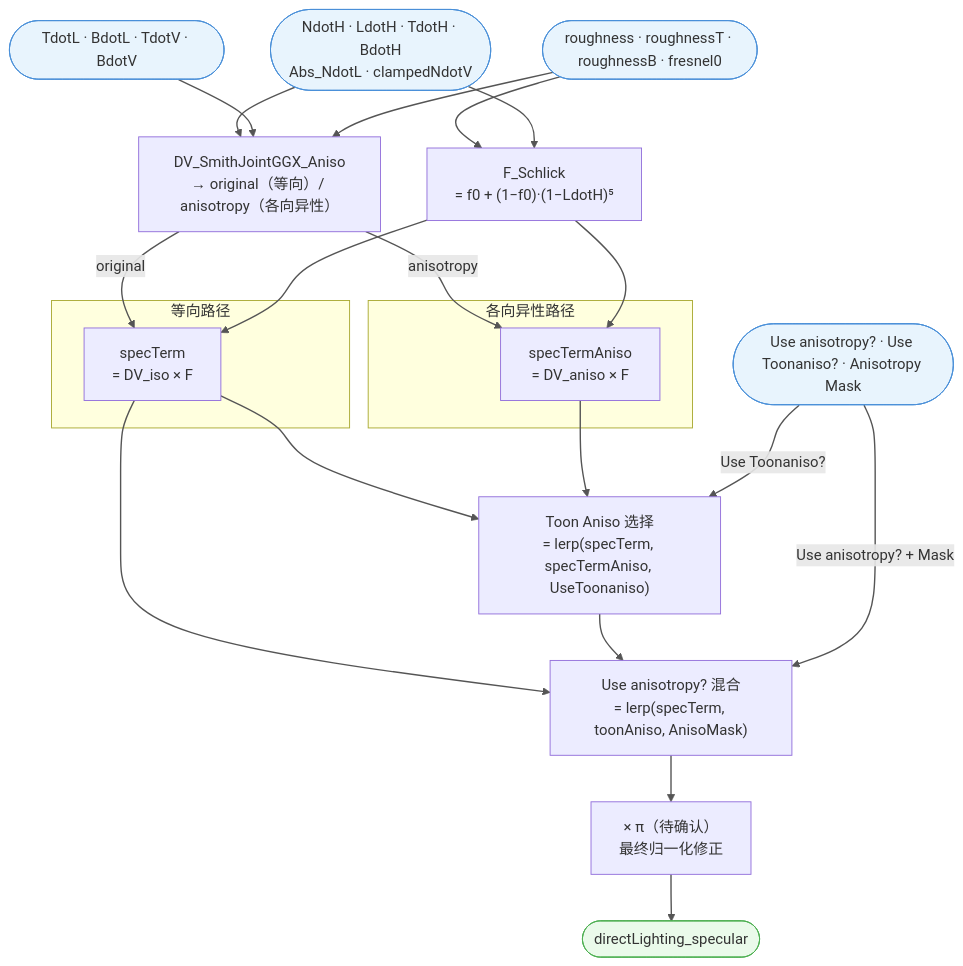
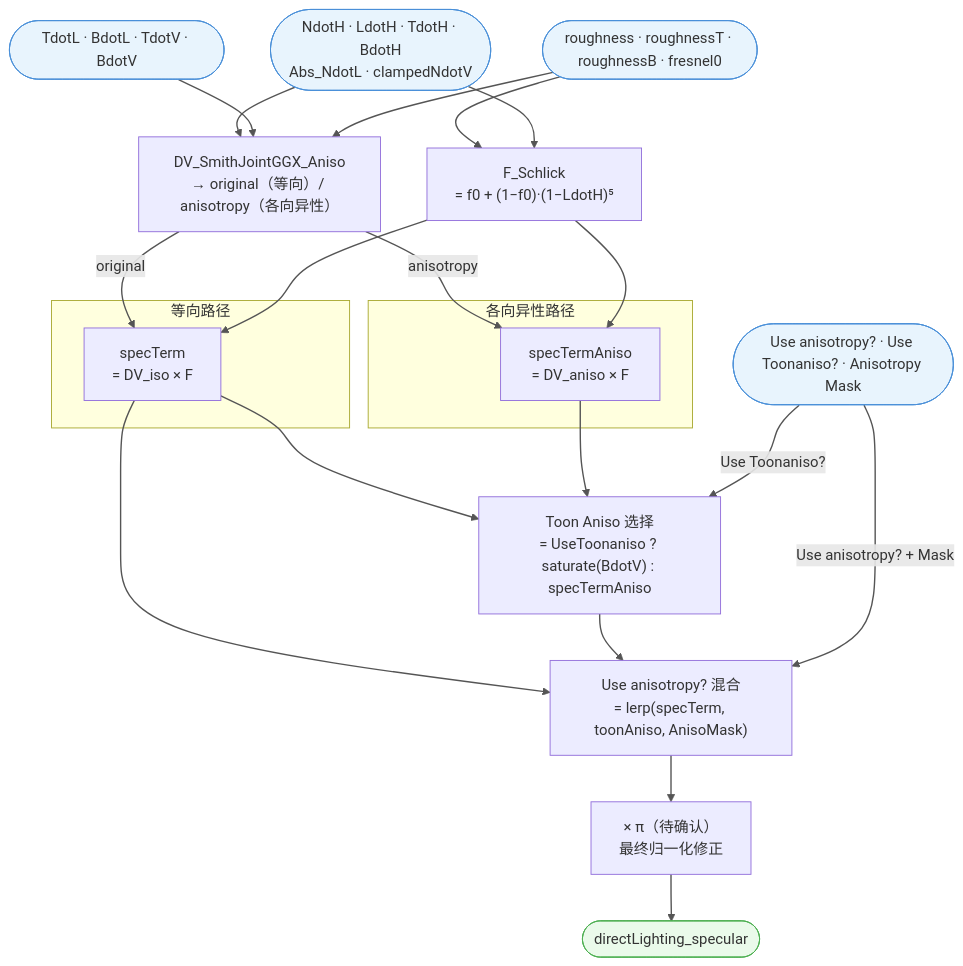
Before and after one commit to Akanekira/GooBlenderMCP: the diagram in shader-migration/docs/analysis/Frames/Frame004_SpecularBRDF.md, drawn with Mermaid. The commit also changed other lines of this file and 18 other files, not shown here.

````diff
--- a/shader-migration/docs/analysis/Frames/Frame004_SpecularBRDF.md
+++ b/shader-migration/docs/analysis/Frames/Frame004_SpecularBRDF.md
@@ -126,51 +126,51 @@
 ```mermaid
 flowchart TD
     IN_angles(["NdotH · LdotH · TdotH · BdotH<br/>Abs_NdotL · clampedNdotV"])
     IN_aniso(["TdotL · BdotL · TdotV · BdotV"])
     IN_surf(["roughness · roughnessT · roughnessB · fresnel0"])
     IN_flags(["Use anisotropy? · Use Toonaniso? · Anisotropy Mask"])
 
     DV["DV_SmithJointGGX_Aniso<br/>→ original（等向）/ anisotropy（各向异性）"]
     F_schlick["F_Schlick<br/>= f0 + (1−f0)·(1−LdotH)⁵"]
 
     subgraph ISO["等向路径"]
         specTerm["specTerm<br/>= DV_iso × F"]
     end
 
     subgraph ANISO["各向异性路径"]
         specTermAniso["specTermAniso<br/>= DV_aniso × F"]
     end
 
-    toonAniso["Toon Aniso 选择<br/>= lerp(specTerm, specTermAniso, UseToonaniso)"]
+    toonAniso["Toon Aniso 选择<br/>= UseToonaniso ? saturate(BdotV) : specTermAniso"]
     finalSpec["Use anisotropy? 混合<br/>= lerp(specTerm, toonAniso, AnisoMask)"]
     piCorr["× π（待确认）<br/>最终归一化修正"]
     OUT(["directLighting_specular"])
 
     IN_angles --> DV
     IN_aniso --> DV
     IN_surf --> DV
     IN_surf --> F_schlick
     IN_angles --> F_schlick
 
     DV -->|"original"| specTerm
     DV -->|"anisotropy"| specTermAniso
     F_schlick --> specTerm
     F_schlick --> specTermAniso
 
     specTerm --> toonAniso
     specTermAniso --> toonAniso
     IN_flags -->|"Use Toonaniso?"| toonAniso
 
     specTerm --> finalSpec
     toonAniso --> finalSpec
     IN_flags -->|"Use anisotropy? + Mask"| finalSpec
 
     finalSpec --> piCorr
     piCorr --> OUT
 
     classDef input  fill:#e8f4fd,stroke:#4a90d9
     classDef output fill:#eafaea,stroke:#4caf50
     class IN_angles,IN_aniso,IN_surf,IN_flags input
     class OUT output
     linkStyle default stroke:#555,stroke-width:1.5px
 ```
````
